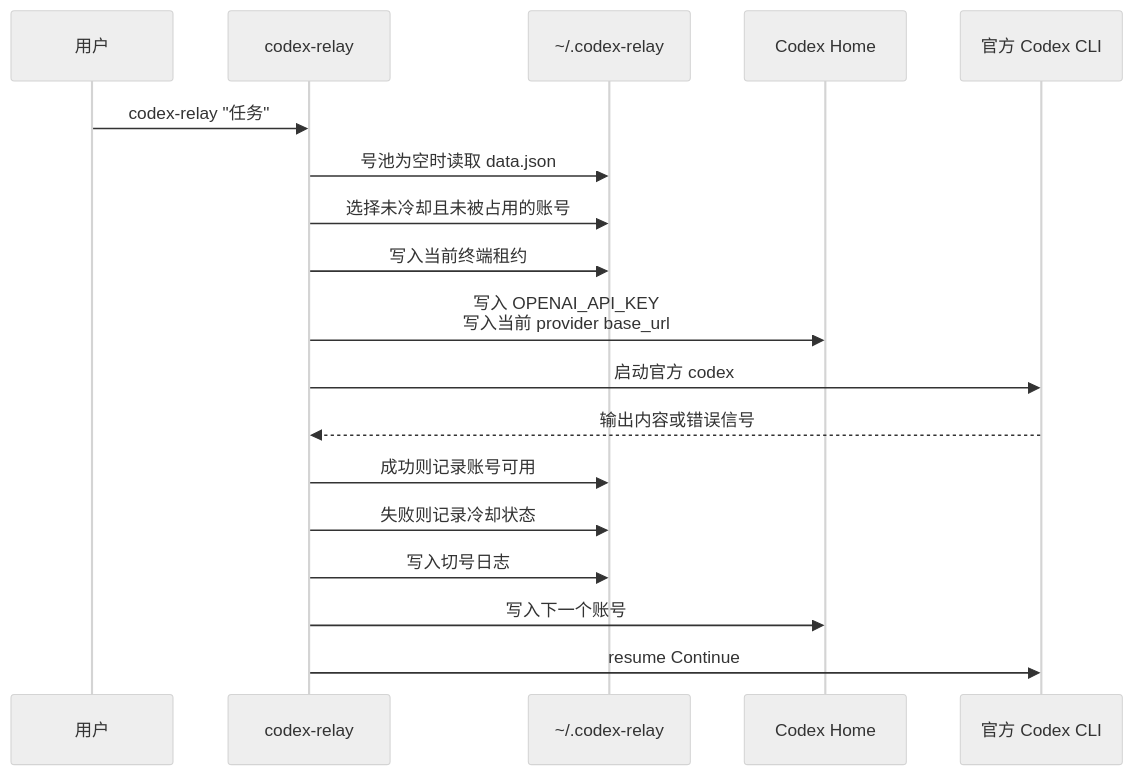
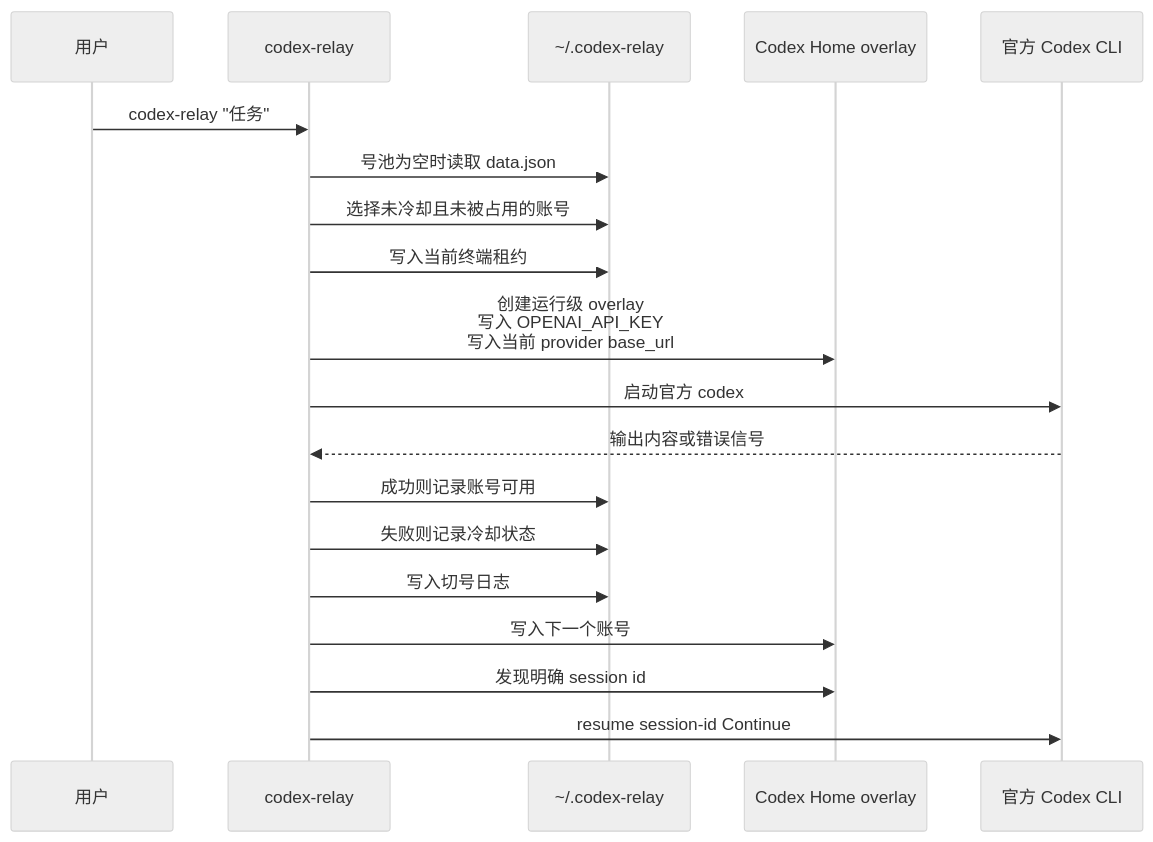
The second of 3 diagrams in ARCHITECTURE.md (Albert-PZY/codex-relay), drawn with Mermaid (neutral theme) before and after one commit. The commit also changed other lines of this file and 14 other files, not shown here.

````diff
--- a/ARCHITECTURE.md
+++ b/ARCHITECTURE.md
@@ -73,20 +74,21 @@
 ```mermaid
 sequenceDiagram
   participant User as 用户
   participant CLI as codex-relay
   participant Pool as ~/.codex-relay
-  participant Home as Codex Home
+  participant Home as Codex Home overlay
   participant Codex as 官方 Codex CLI
   User->>CLI: codex-relay "任务"
   CLI->>Pool: 号池为空时读取 data.json
   CLI->>Pool: 选择未冷却且未被占用的账号
   CLI->>Pool: 写入当前终端租约
-  CLI->>Home: 写入 OPENAI_API_KEY<br>写入当前 provider base_url
+  CLI->>Home: 创建运行级 overlay<br>写入 OPENAI_API_KEY<br>写入当前 provider base_url
   CLI->>Codex: 启动官方 codex
   Codex-->>CLI: 输出内容或错误信号
   CLI->>Pool: 成功则记录账号可用
   CLI->>Pool: 失败则记录冷却状态
   CLI->>Pool: 写入切号日志
   CLI->>Home: 写入下一个账号
-  CLI->>Codex: resume Continue
+  CLI->>Home: 发现明确 session id
+  CLI->>Codex: resume session-id Continue
 ```
````
